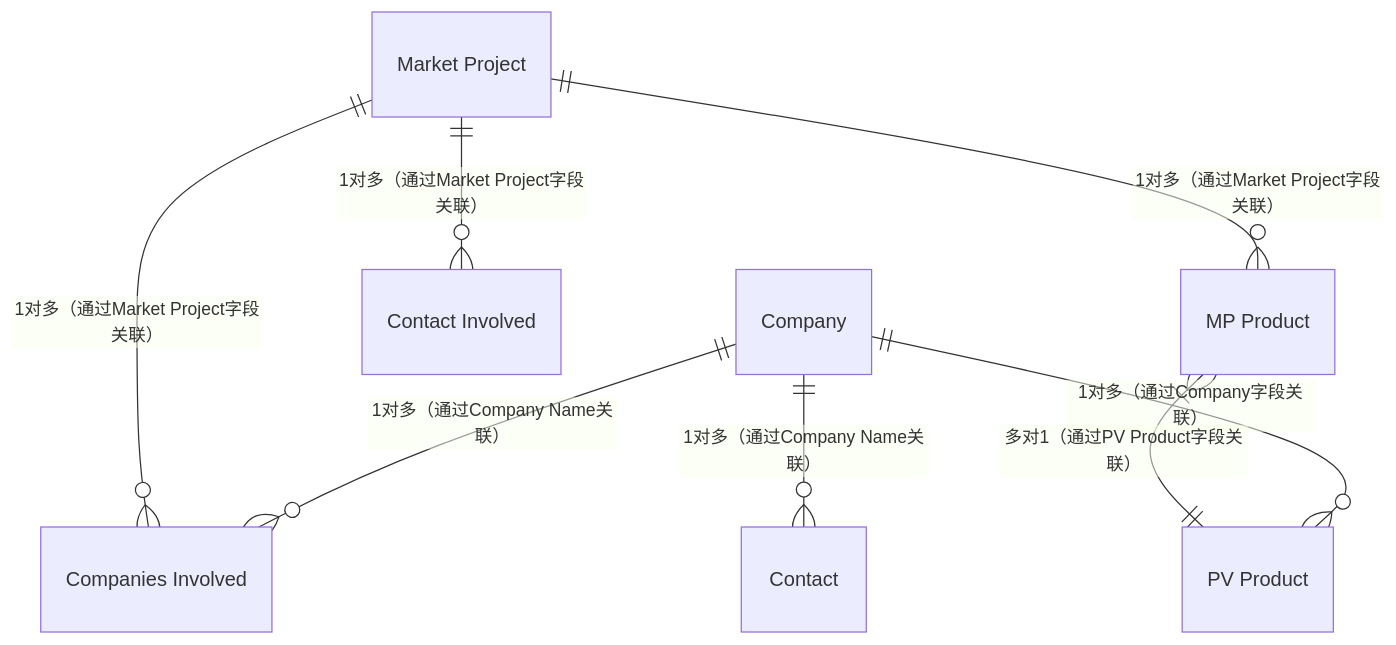
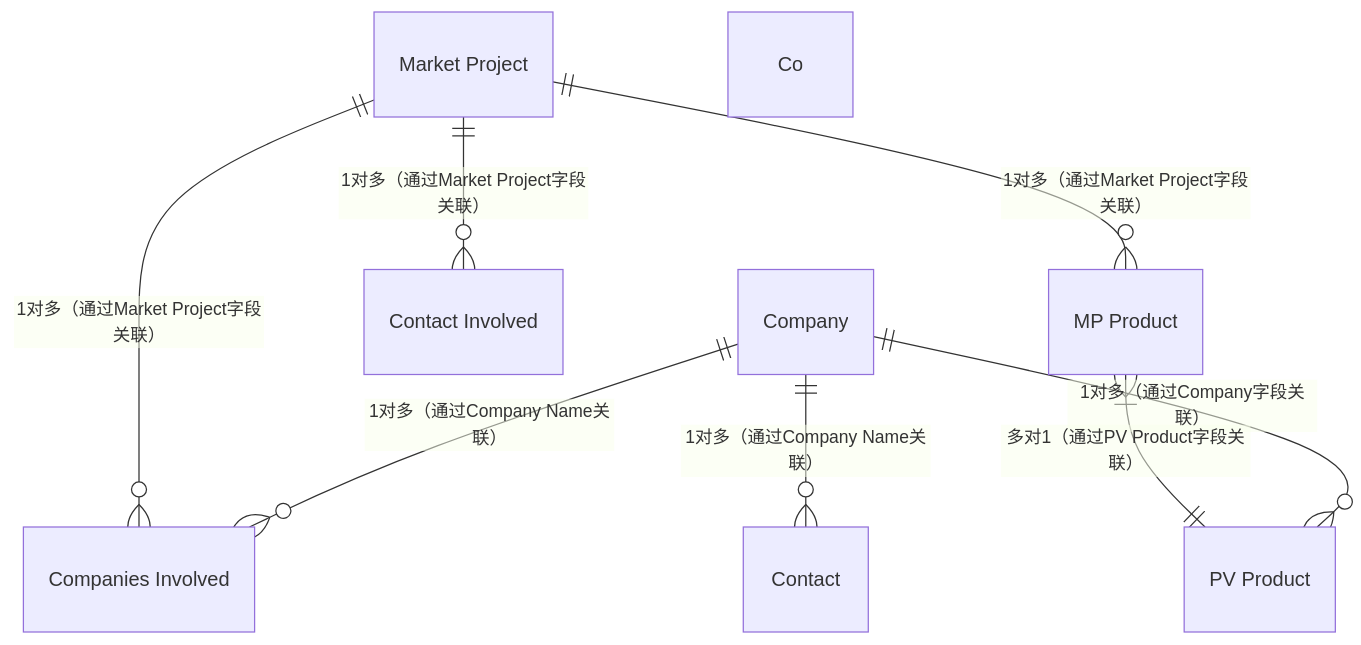
Before and after one commit to zhangziru-33/iodraw-files: the diagram in all/Norden数据E-R图.md, drawn with Mermaid.

Commit message:
2025-12-04 13:22:21 update

````diff
--- a/all/Norden数据E-R图.md
+++ b/all/Norden数据E-R图.md
@@ -1,12 +1,12 @@
 ```mermaid
 %% {init: {'theme': 'base', 'themeVariables': {'background': '#ffffff'}}}%%
 erDiagram
     Company ||--o{ "Companies Involved" : "1对多（通过Company Name关联）"
     Company ||--o{ "PV Product" : "1对多（通过Company字段关联）"
     Company ||--o{ "Contact" : "1对多（通过Company Name关联）"
     "Market Project" ||--o{ "Companies Involved" : "1对多（通过Market Project字段关联）"
     "Market Project" ||--o{ "Contact Involved" : "1对多（通过Market Project字段关联）"
     "Market Project" ||--o{ "MP Product" : "1对多（通过Market Project字段关联）"
     "MP Product" }|--|| "PV Product" : "多对1（通过PV Product字段关联）"
-    
+    Co
 ```
````
